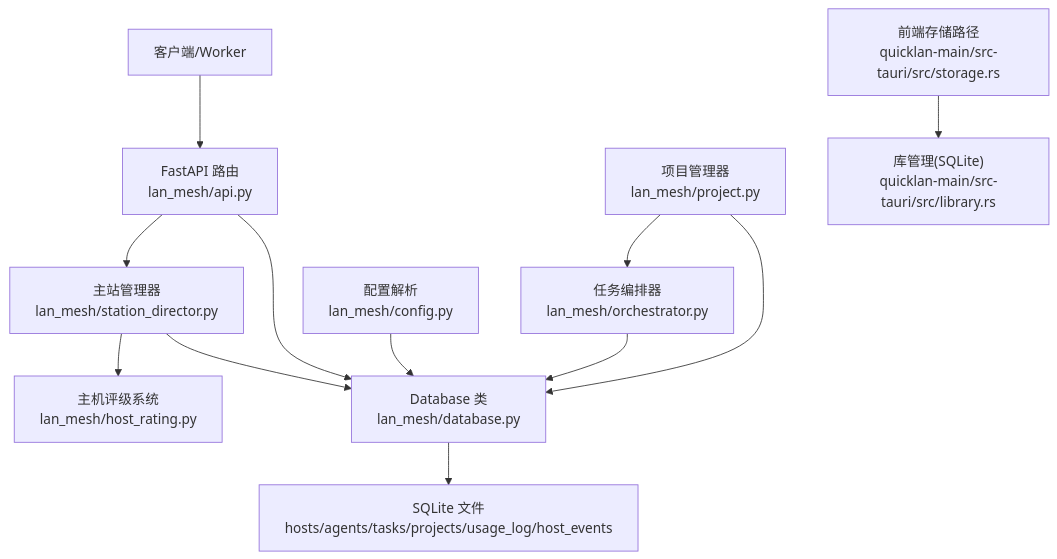
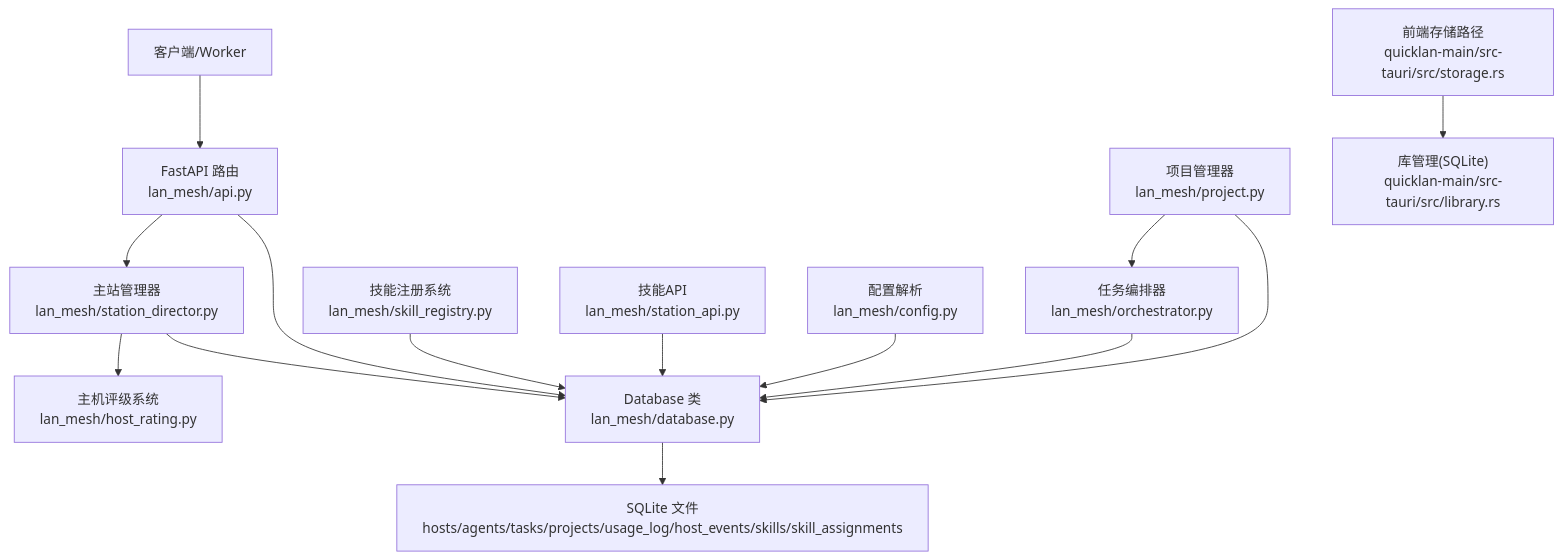
One commit to targalian/Personal-distributed-workstation changed the second of 5 diagrams in .qoder/repowiki/zh/content/核心模块/数据库设计.md. Above: the diagram before and after it, drawn with Mermaid. The commit also changed other lines of this file and 92 other files, not shown here.

````diff
--- a/.qoder/repowiki/zh/content/核心模块/数据库设计.md
+++ b/.qoder/repowiki/zh/content/核心模块/数据库设计.md
@@ -137,14 +158,16 @@
 ```mermaid
 graph TB
 Client["客户端/Worker"] --> API["FastAPI 路由<br/>lan_mesh/api.py"]
 API --> DB["Database 类<br/>lan_mesh/database.py"]
-DB --> SQLite["SQLite 文件<br/>hosts/agents/tasks/projects/usage_log/host_events"]
+DB --> SQLite["SQLite 文件<br/>hosts/agents/tasks/projects/usage_log/host_events/skills/skill_assignments"]
 StationDir["主站管理器<br/>lan_mesh/station_director.py"] --> DB
 StationDir --> HostRating["主机评级系统<br/>lan_mesh/host_rating.py"]
 API --> StationDir
 ProjectMgr["项目管理器<br/>lan_mesh/project.py"] --> DB
 ProjectMgr --> Orchestrator["任务编排器<br/>lan_mesh/orchestrator.py"]
 Orchestrator --> DB
+SkillReg["技能注册系统<br/>lan_mesh/skill_registry.py"] --> DB
+SkillAPI["技能API<br/>lan_mesh/station_api.py"] --> DB
 Config["配置解析<br/>lan_mesh/config.py"] --> DB
 FrontStorage["前端存储路径<br/>quicklan-main/src-tauri/src/storage.rs"] --> Lib["库管理(SQLite)<br/>quicklan-main/src-tauri/src/library.rs"]
 ```
````
